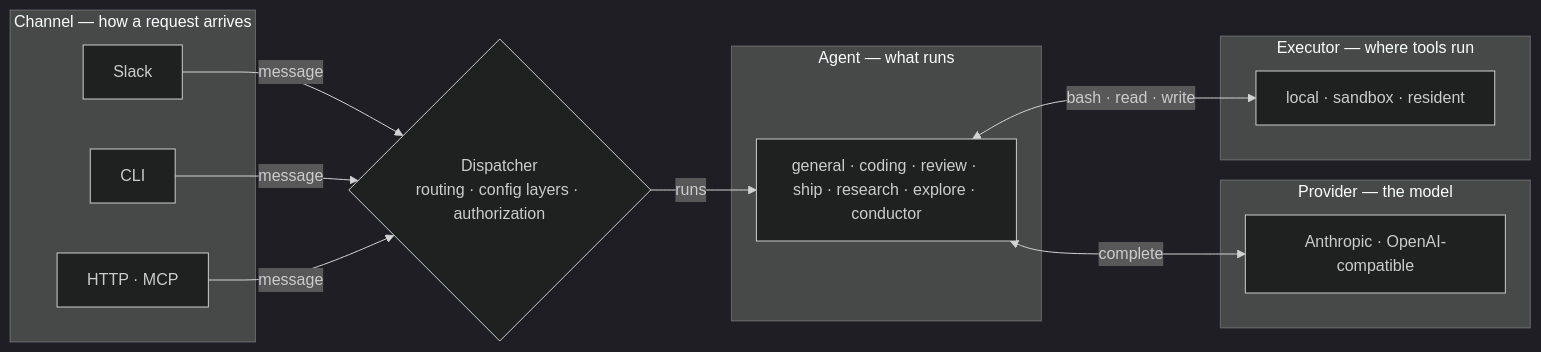
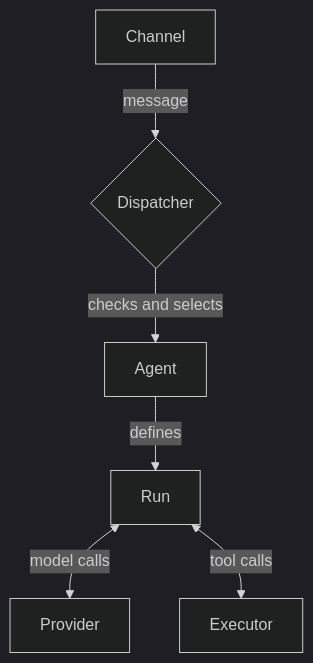
One commit to coreplanelabs/switchboard changed the diagram in README.md. Above: the diagram before and after it, drawn with Mermaid (dark theme). The commit also changed other lines of this file and 22 other files, not shown here.

Commit message:
docs(docs): explain the gateway, agents, and data flow

````diff
--- a/README.md
+++ b/README.md
@@ -42,22 +42,8 @@
 ```mermaid
-flowchart LR
-    subgraph channel ["Channel — how a request arrives"]
-        C1["Slack"]
-        C2["CLI"]
-        C3["HTTP · MCP"]
-    end
-    D{"Dispatcher<br/>routing · config layers · authorization"}
-    subgraph agent ["Agent — what runs"]
-        AG["general · coding · review · ship · research · explore · conductor"]
-    end
-    subgraph provider ["Provider — the model"]
-        P["Anthropic · OpenAI-compatible"]
-    end
-    subgraph executor ["Executor — where tools run"]
-        E["local · sandbox · resident"]
-    end
-    C1 & C2 & C3 -->|"message"| D
-    D -->|"runs"| AG
-    AG <-->|"complete"| P
-    AG <-->|"bash · read · write"| E
+flowchart TB
+    C["Channel"] -->|"message"| D{"Dispatcher"}
+    D -->|"checks and selects"| AG["Agent"]
+    AG -->|"defines"| R["Run"]
+    R <-->|"model calls"| P["Provider"]
+    R <-->|"tool calls"| E["Executor"]
 ```
````
